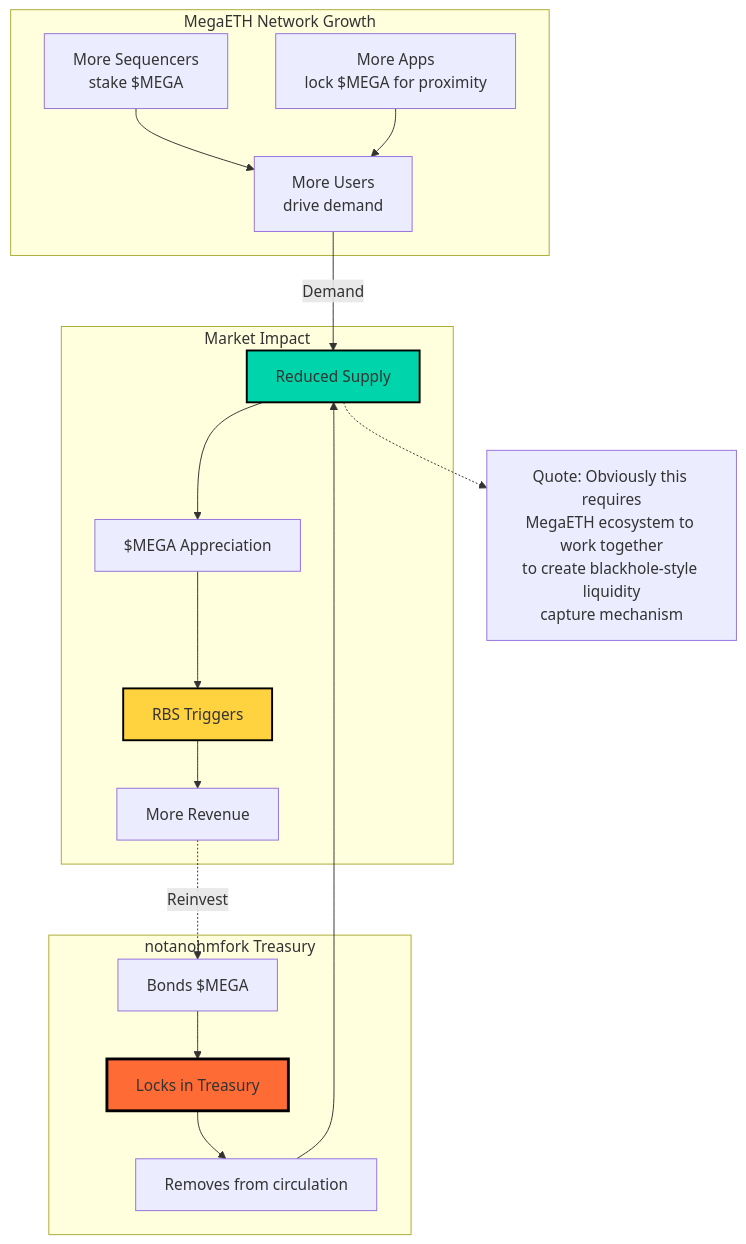
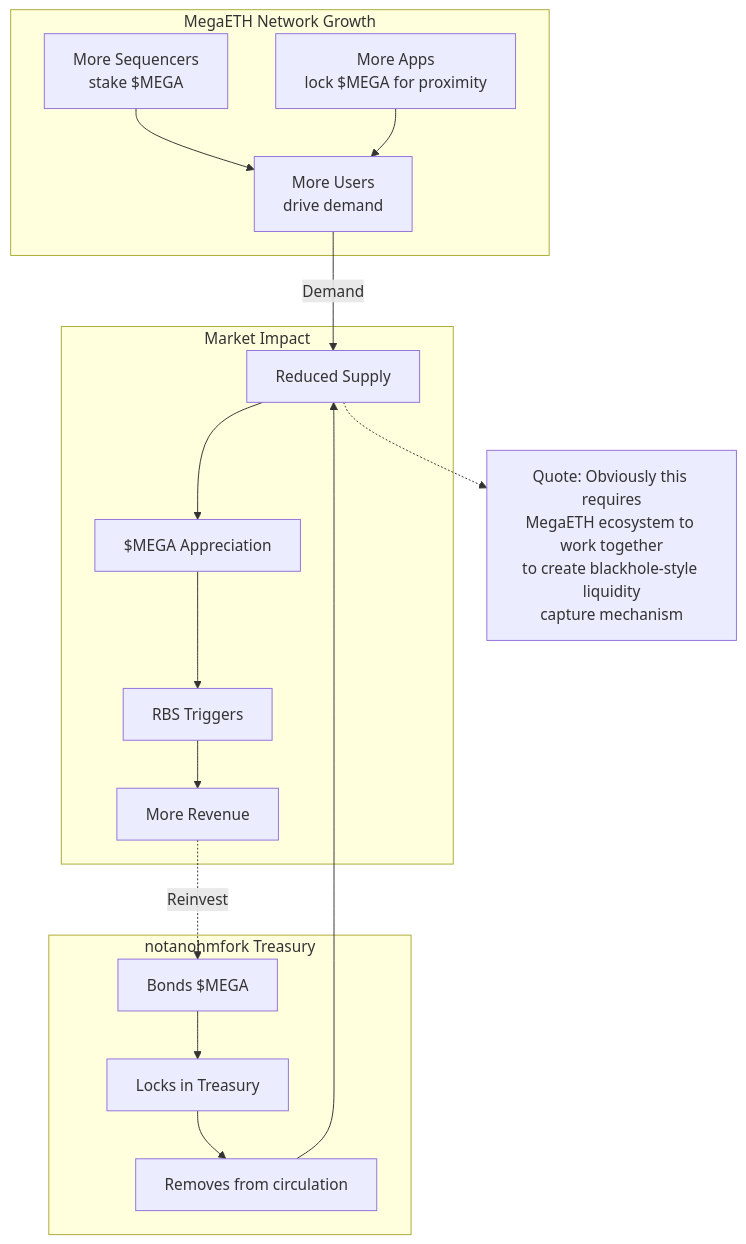
One commit to 0xJaehaerys/ohmega changed the eighth of 10 diagrams in docs/NOTANOHMFORK_DIAGRAMS.md. Above: the diagram before and after it, drawn with Mermaid. The commit also changed other lines of this file, not shown here.

Commit message:
Remove colors from diagrams

````diff
--- a/docs/NOTANOHMFORK_DIAGRAMS.md
+++ b/docs/NOTANOHMFORK_DIAGRAMS.md
@@ -332,42 +312,38 @@
 ```mermaid
 graph TB
     subgraph "MegaETH Network Growth"
         G1[More Sequencers<br/>stake $MEGA]
         G2[More Apps<br/>lock $MEGA for proximity]
         G3[More Users<br/>drive demand]
     end
     
     subgraph "notanohmfork Treasury"
         T1[Bonds $MEGA]
         T2[Locks in Treasury]
         T3[Removes from circulation]
     end
     
     subgraph "Market Impact"
         M1[Reduced Supply]
         M2[$MEGA Appreciation]
         M3[RBS Triggers]
         M4[More Revenue]
     end
     
     G1 --> G3
     G2 --> G3
     G3 -->|Demand| M1
     
     T1 --> T2
     T2 --> T3
     T3 --> M1
     
     M1 --> M2
     M2 --> M3
     M3 --> M4
     M4 -.->|Reinvest| T1
     
-    style T2 fill:#ff6b35,stroke:#000,stroke-width:3px
-    style M1 fill:#00d4aa,stroke:#000,stroke-width:2px
-    style M3 fill:#ffd23f,stroke:#000,stroke-width:2px
-    
     Note1[Quote: Obviously this requires<br/>MegaETH ecosystem to work together<br/>to create blackhole-style liquidity<br/>capture mechanism]
     
     M1 -.-> Note1
 ```
````
